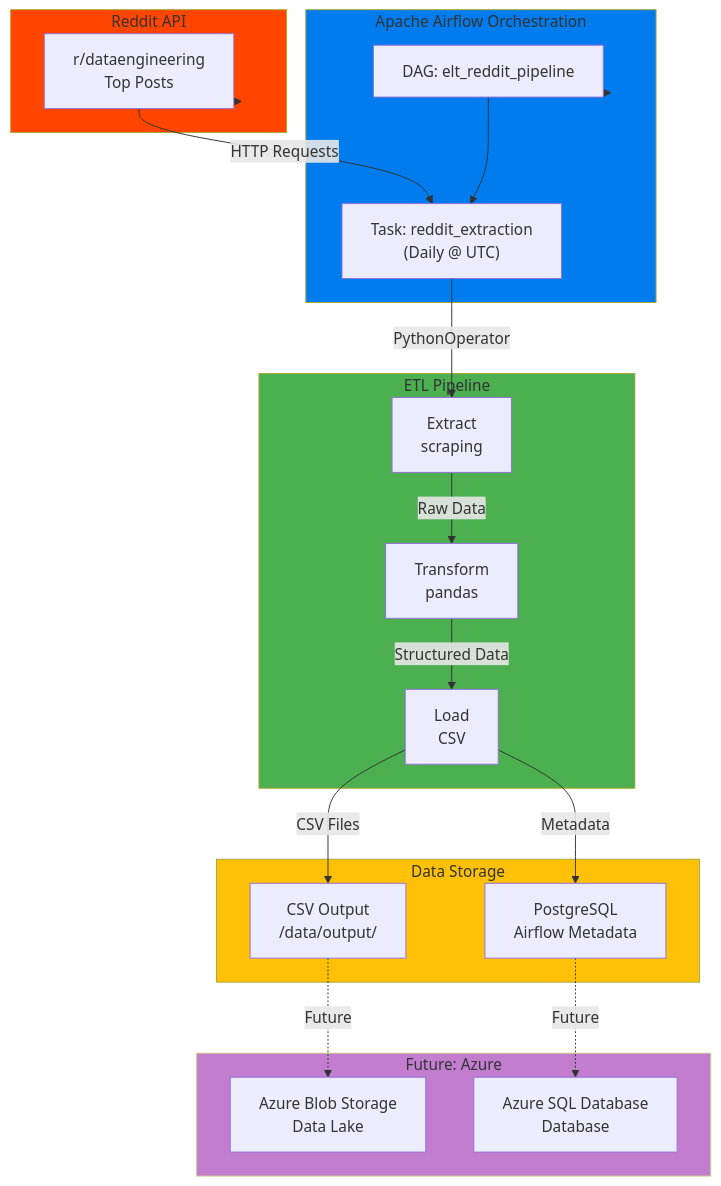
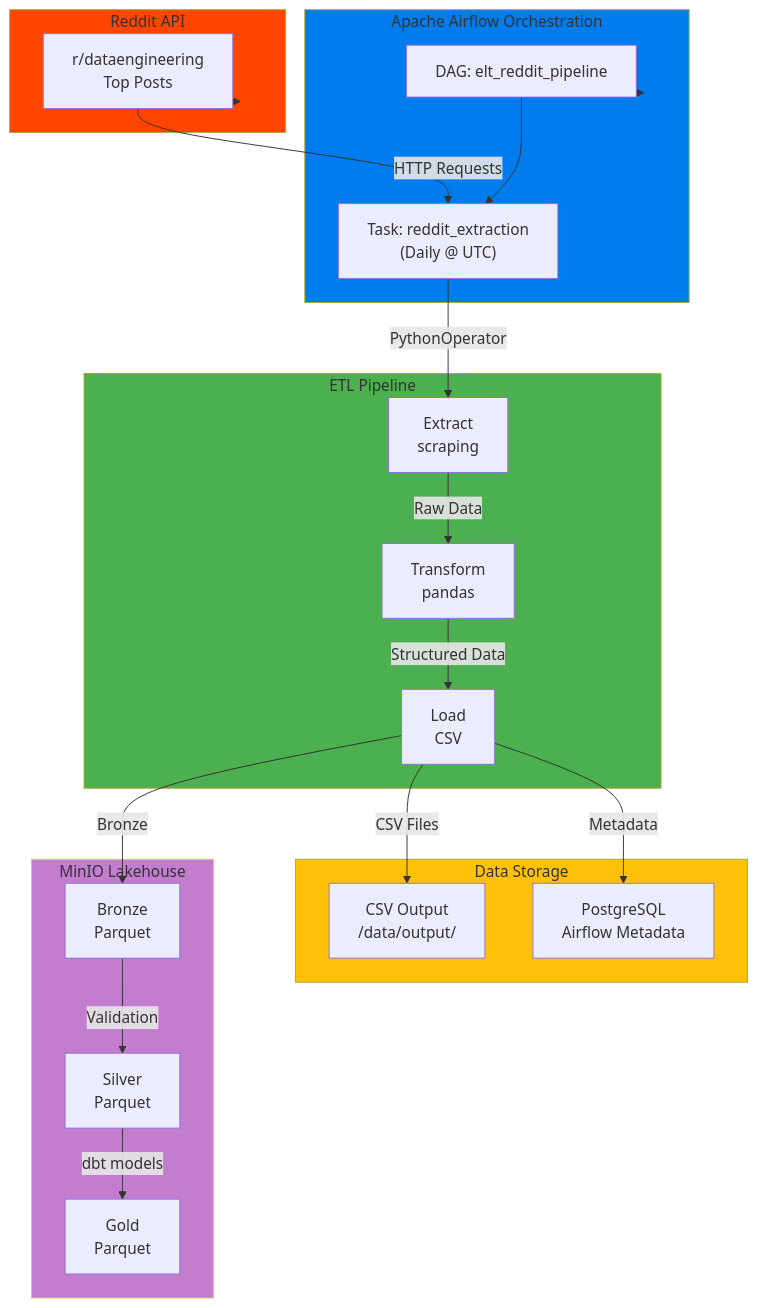
The first of 2 diagrams in README.md (OmarJebbari/Reddit-Airflow-ETL-pipeline), drawn with Mermaid before and after one commit. The commit also changed other lines of this file, not shown here.

Commit message:
docs: align README with MinIO lakehouse and update LinkedIn

````diff
--- a/README.md
+++ b/README.md
@@ -23,46 +23,48 @@
 ```mermaid
 graph TB
     subgraph Reddit["Reddit API"]
         A["r/dataengineering<br/>Top Posts"]
     end
     
     subgraph Airflow["Apache Airflow Orchestration"]
         DAG["DAG: elt_reddit_pipeline"]
         TASK["Task: reddit_extraction<br/>(Daily @ UTC)"]
     end
     
     subgraph Processing["ETL Pipeline"]
         EXTRACT["Extract<br/>scraping"]
         TRANSFORM["Transform<br/>pandas"]
         LOAD["Load<br/>CSV"]
     end
     
     subgraph Storage["Data Storage"]
         CSV["CSV Output<br/>/data/output/"]
         DB["PostgreSQL<br/>Airflow Metadata"]
     end
     
-    subgraph Future["Future: Azure"]
-        S3["Azure Blob Storage<br/>Data Lake"]
-        RDS["Azure SQL Database<br/>Database"]
+    subgraph Lakehouse["MinIO Lakehouse"]
+        BRONZE["Bronze<br/>Parquet"]
+        SILVER["Silver<br/>Parquet"]
+        GOLD["Gold<br/>Parquet"]
     end
     
     Reddit --> A
     A -->|HTTP Requests| TASK
     Airflow --> DAG
     DAG --> TASK
     TASK -->|PythonOperator| EXTRACT
     EXTRACT -->|Raw Data| TRANSFORM
     TRANSFORM -->|Structured Data| LOAD
     LOAD -->|CSV Files| CSV
     LOAD -->|Metadata| DB
     
-    CSV -.->|Future| S3
-    DB -.->|Future| RDS
+    LOAD -->|Bronze| BRONZE
+    BRONZE -->|Validation| SILVER
+    SILVER -->|dbt models| GOLD
     
     style Reddit fill:#FF4500
     style Airflow fill:#017CEE
     style Processing fill:#4CAF50
     style Storage fill:#FFC107
-    style Future fill:#9C27B0,opacity:0.6
+    style Lakehouse fill:#9C27B0,opacity:0.6
 ```
````
